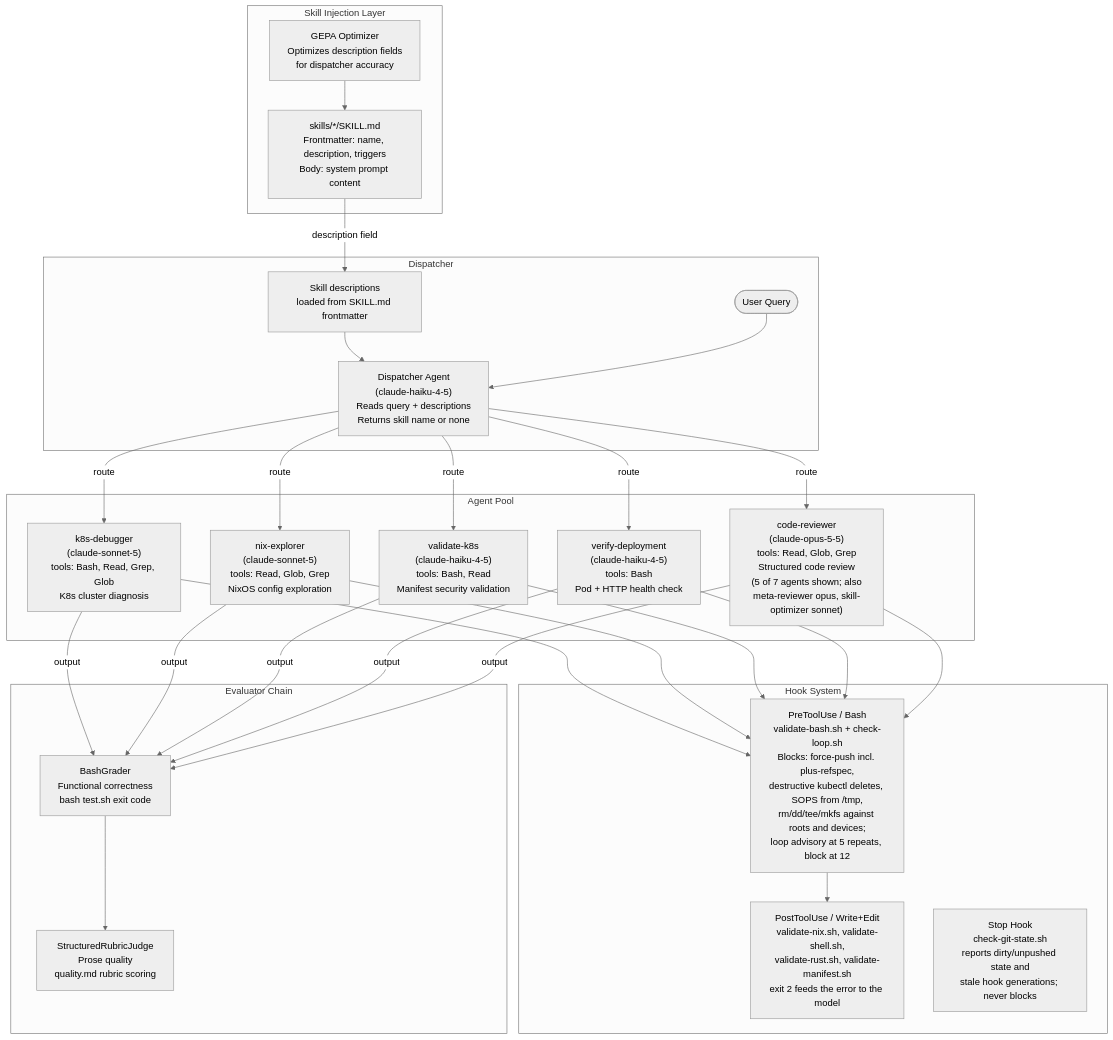
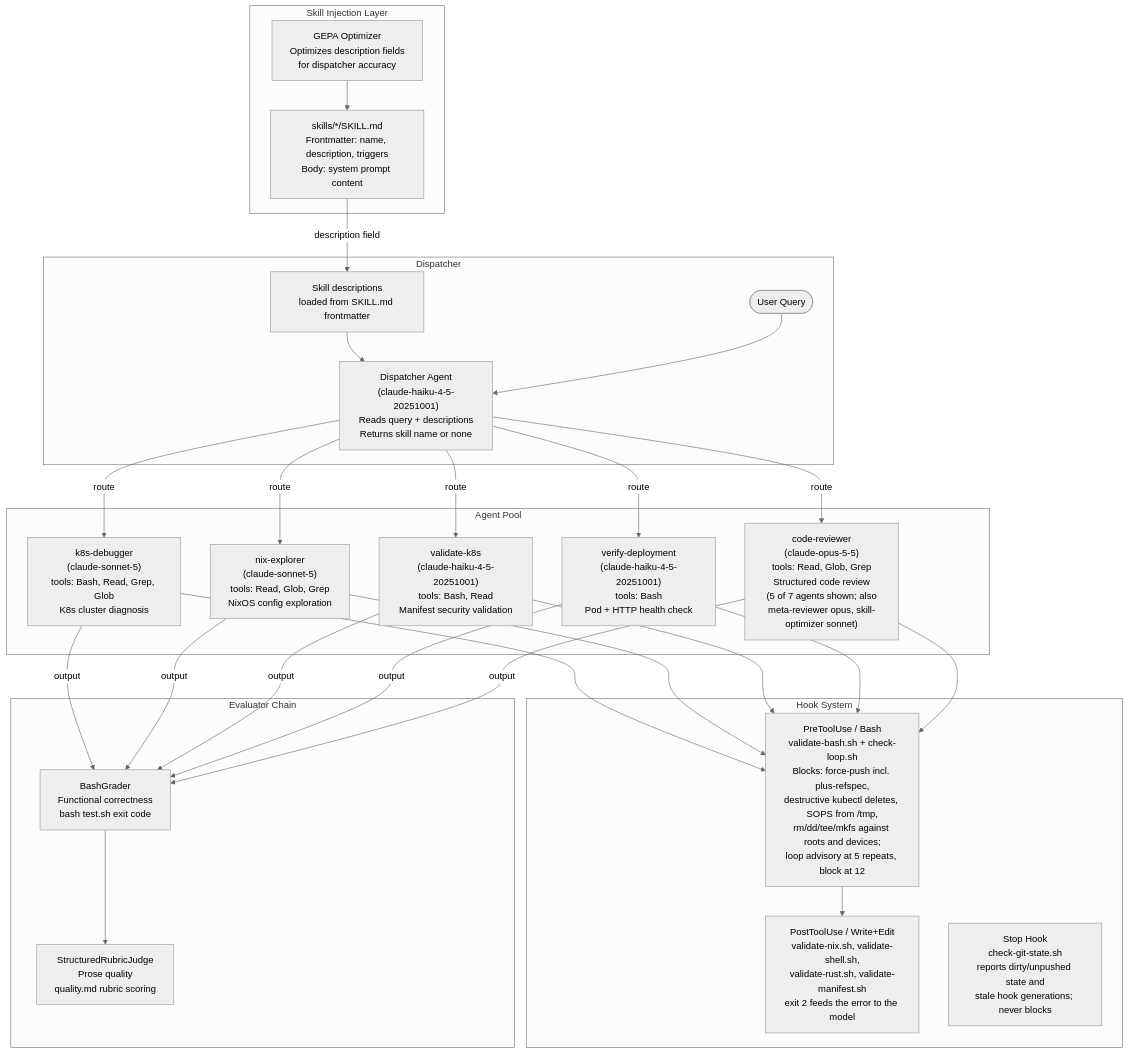
The first of 2 diagrams in docs/agentic-lifecycle.md (sammasak/claude-code-skills), drawn with Mermaid (neutral theme) before and after one commit. The commit also changed other lines of this file and 10 other files, not shown here.

````diff
--- a/docs/agentic-lifecycle.md
+++ b/docs/agentic-lifecycle.md
@@ -32,45 +32,45 @@
 ```mermaid
 graph TD
     subgraph "Skill Injection Layer"
         SKILLDOCS["skills/*/SKILL.md\nFrontmatter: name, description, triggers\nBody: system prompt content"]
         GEPA["GEPA Optimizer\nOptimizes description fields\nfor dispatcher accuracy"]
         GEPA --> SKILLDOCS
     end
 
     subgraph "Dispatcher"
         DESC["Skill descriptions\nloaded from SKILL.md frontmatter"]
-        DISP["Dispatcher Agent\n(claude-haiku-4-5)\nReads query + descriptions\nReturns skill name or none"]
+        DISP["Dispatcher Agent\n(claude-haiku-4-5-20251001)\nReads query + descriptions\nReturns skill name or none"]
         SKILLDOCS -->|"description field"| DESC
         DESC --> DISP
         QUERY([User Query]) --> DISP
     end
 
     subgraph "Agent Pool"
         A1["k8s-debugger\n(claude-sonnet-5)\ntools: Bash, Read, Grep, Glob\nK8s cluster diagnosis"]
         A2["nix-explorer\n(claude-sonnet-5)\ntools: Read, Glob, Grep\nNixOS config exploration"]
-        A3["validate-k8s\n(claude-haiku-4-5)\ntools: Bash, Read\nManifest security validation"]
-        A4["verify-deployment\n(claude-haiku-4-5)\ntools: Bash\nPod + HTTP health check"]
+        A3["validate-k8s\n(claude-haiku-4-5-20251001)\ntools: Bash, Read\nManifest security validation"]
+        A4["verify-deployment\n(claude-haiku-4-5-20251001)\ntools: Bash\nPod + HTTP health check"]
         A5["code-reviewer\n(claude-opus-5-5)\ntools: Read, Glob, Grep\nStructured code review\n(5 of 7 agents shown; also\nmeta-reviewer opus, skill-optimizer sonnet)"]
         DISP -->|"route"| A1
         DISP -->|"route"| A2
         DISP -->|"route"| A3
         DISP -->|"route"| A4
         DISP -->|"route"| A5
     end
 
     subgraph "Hook System"
         H1["PreToolUse / Bash\nvalidate-bash.sh + check-loop.sh\nBlocks: force-push incl. plus-refspec,\ndestructive kubectl deletes, SOPS from /tmp,\nrm/dd/tee/mkfs against roots and devices;\nloop advisory at 5 repeats, block at 12"]
         H2["PostToolUse / Write+Edit\nvalidate-nix.sh, validate-shell.sh,\nvalidate-rust.sh, validate-manifest.sh\nexit 2 feeds the error to the model"]
         H3["Stop Hook\ncheck-git-state.sh\nreports dirty/unpushed state and\nstale hook generations; never blocks"]
     end
 
     subgraph "Evaluator Chain"
         E1["BashGrader\nFunctional correctness\nbash test.sh exit code"]
         E2["StructuredRubricJudge\nProse quality\nquality.md rubric scoring"]
         E1 --> E2
     end
 
     A1 & A2 & A3 & A4 & A5 --> H1
     H1 --> H2
     A1 & A2 & A3 & A4 & A5 -->|"output"| E1
 ```
````
